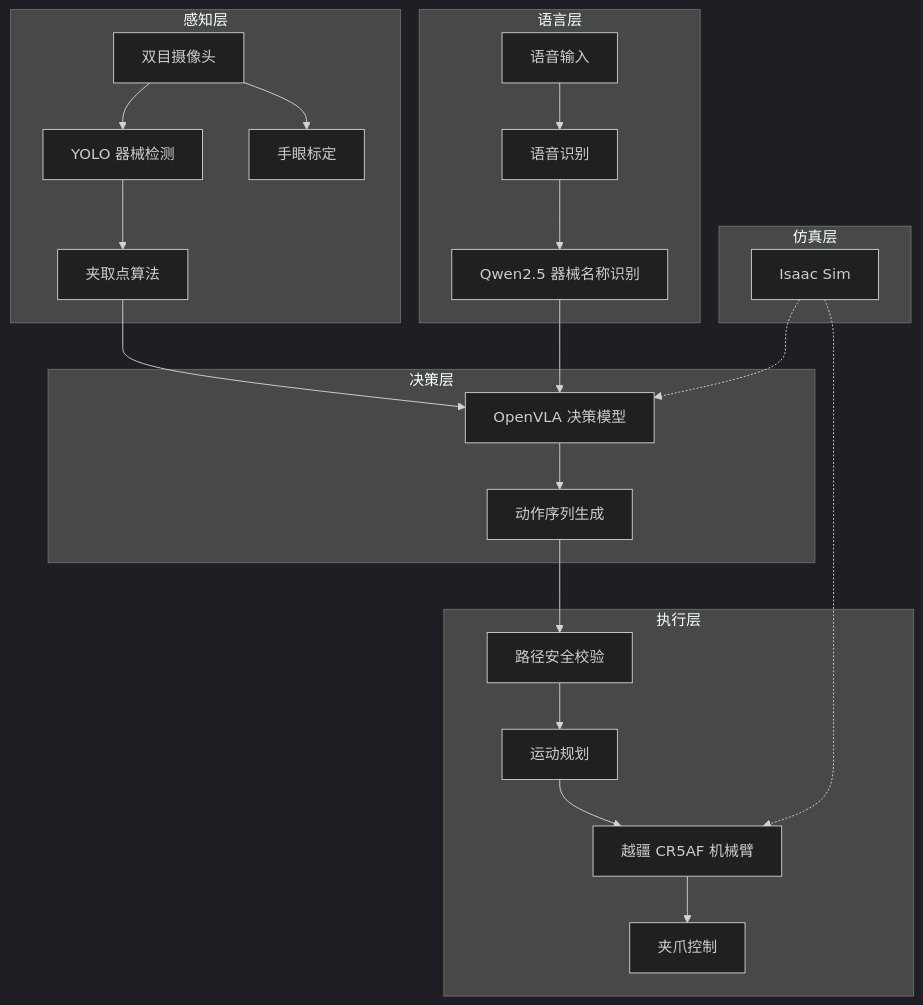
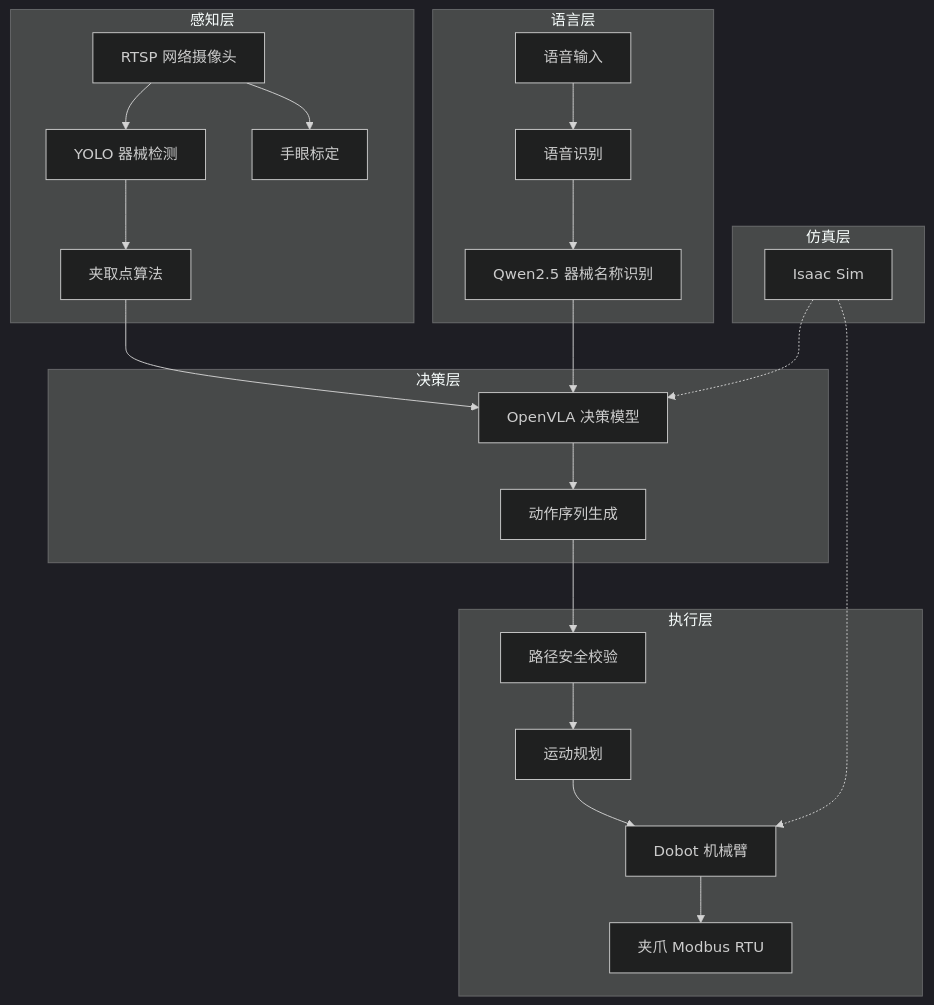
Before and after one commit to Zebedee2021/surgbot-docs-v2: the first of 3 diagrams in docs/design/architecture.md, drawn with Mermaid (dark theme). The commit also changed other lines of this file and 6 other files, not shown here.

````diff
--- a/docs/design/architecture.md
+++ b/docs/design/architecture.md
@@ -7,27 +9,27 @@
 ```mermaid
 graph TB
     subgraph 感知层
-        CAM[双目摄像头] --> YOLO[YOLO 器械检测]
+        CAM[RTSP 网络摄像头] --> YOLO[YOLO 器械检测]
         CAM --> CAL[手眼标定]
         YOLO --> GP[夹取点算法]
     end
     subgraph 语言层
         MIC[语音输入] --> ASR[语音识别]
         ASR --> NLP[Qwen2.5 器械名称识别]
     end
     subgraph 决策层
         GP --> VLA[OpenVLA 决策模型]
         NLP --> VLA
         VLA --> ACT[动作序列生成]
     end
     subgraph 执行层
         ACT --> VAL[路径安全校验]
         VAL --> MC[运动规划]
-        MC --> CR5[越疆 CR5AF 机械臂]
-        CR5 --> GRIP[夹爪控制]
+        MC --> CR5[Dobot 机械臂]
+        CR5 --> GRIP[夹爪 Modbus RTU]
     end
     subgraph 仿真层
         SIM[Isaac Sim] -.-> VLA
         SIM -.-> CR5
     end
 ```
````
